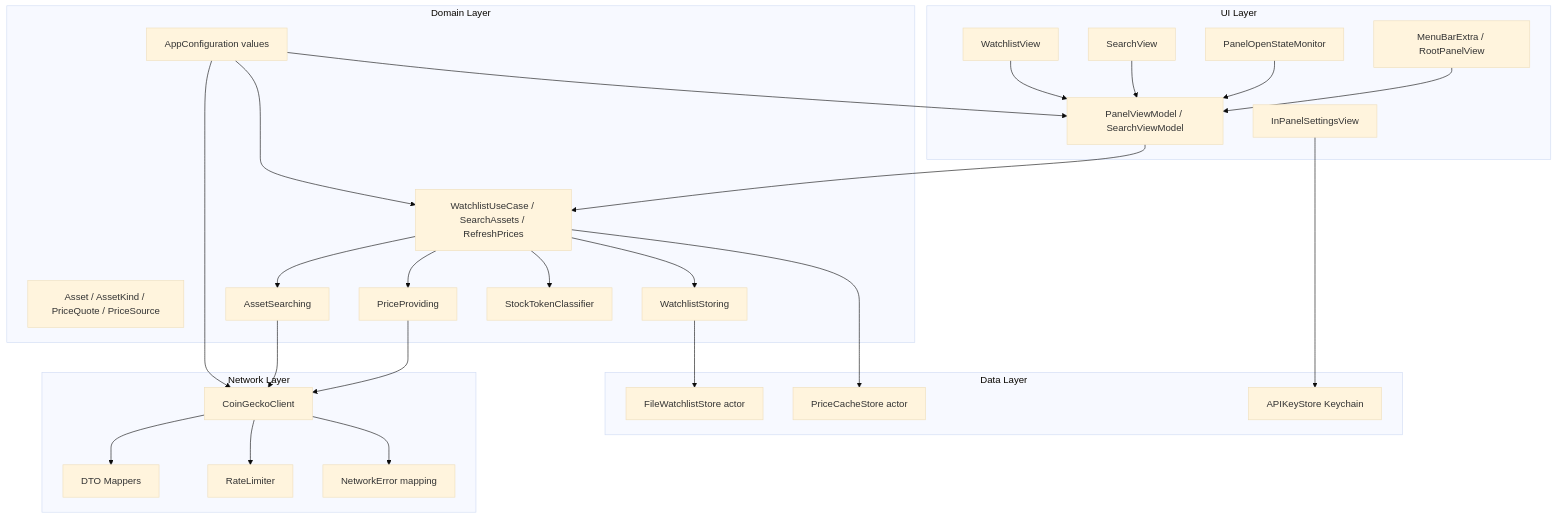
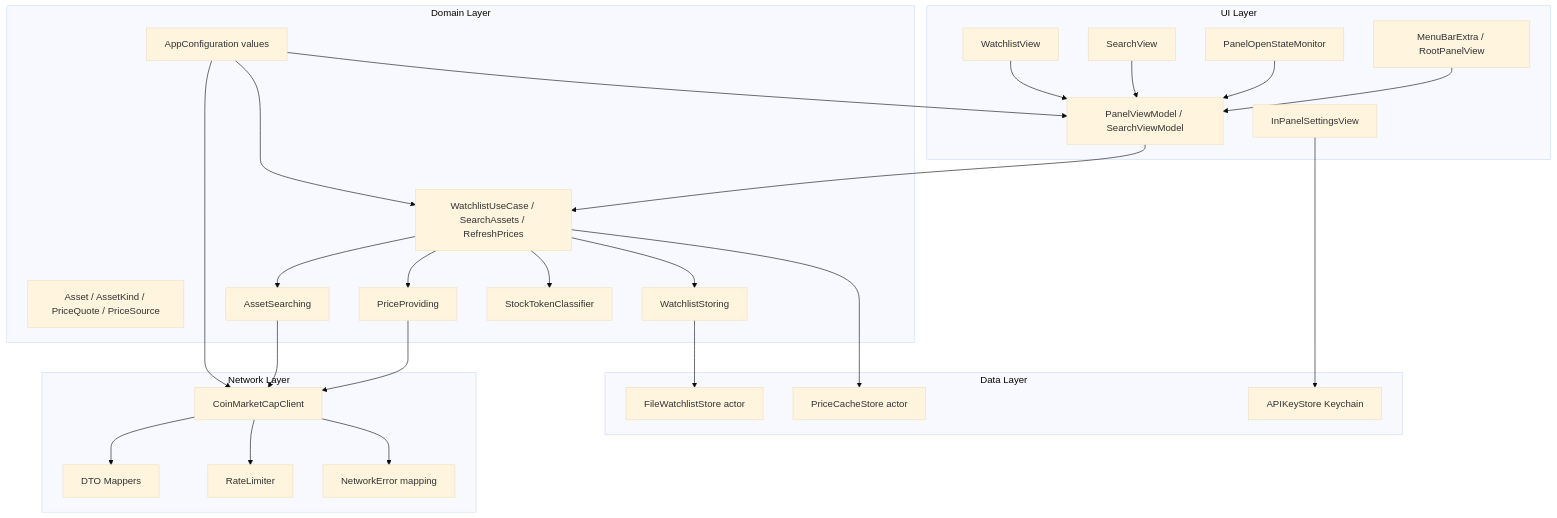
Before and after one commit to YanYuanFE/crypto-lens: the third of 5 diagrams in docs/design/macos-menu-bar-app.md, drawn with Mermaid (base theme). The commit also changed other lines of this file and 25 other files, not shown here.

Commit message:
feat: switch market data to CoinMarketCap

````diff
--- a/docs/design/macos-menu-bar-app.md
+++ b/docs/design/macos-menu-bar-app.md
@@ -399,55 +399,55 @@
 ```mermaid
 flowchart TB
   subgraph UI["UI Layer"]
     MBE[MenuBarExtra / RootPanelView]
     SV[SearchView]
     WL[WatchlistView]
     ST[InPanelSettingsView]
     OSM[PanelOpenStateMonitor]
     VM[PanelViewModel / SearchViewModel]
   end
 
   subgraph Domain["Domain Layer"]
     AM[Asset / AssetKind / PriceQuote / PriceSource]
     CFG[AppConfiguration values]
     UC[WatchlistUseCase / SearchAssets / RefreshPrices]
     PR[PriceProviding]
     AS[AssetSearching]
     WR[WatchlistStoring]
     CL[StockTokenClassifier]
   end
 
   subgraph Data["Data Layer"]
     WLR[FileWatchlistStore actor]
     PC[PriceCacheStore actor]
     KEY[APIKeyStore Keychain]
   end
 
   subgraph Network["Network Layer"]
-    CG[CoinGeckoClient]
+    CG[CoinMarketCapClient]
     MAP[DTO Mappers]
     RL[RateLimiter]
     ERR[NetworkError mapping]
   end
 
   MBE --> VM
   OSM --> VM
   SV --> VM
   WL --> VM
   ST --> KEY
   VM --> UC
   UC --> PR
   UC --> AS
   UC --> WR
   UC --> CL
   PR --> CG
   AS --> CG
   CG --> MAP
   CG --> RL
   CG --> ERR
   WR --> WLR
   UC --> PC
   CFG --> VM
   CFG --> UC
   CFG --> CG
 ```
````
